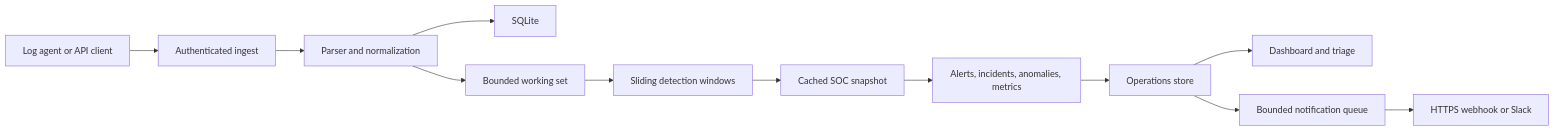
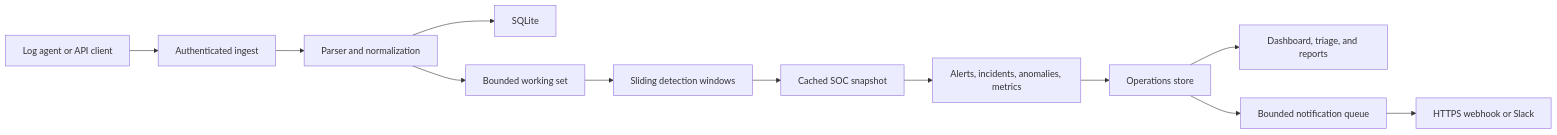
One commit to Adam-Ghanem/ai-siem changed the diagram in docs/architecture.md. Above: the diagram before and after it, drawn with Mermaid. The commit also changed other lines of this file and 13 other files, not shown here.

````diff
--- a/docs/architecture.md
+++ b/docs/architecture.md
@@ -19,14 +20,14 @@
 ```mermaid
 flowchart LR
     A[Log agent or API client] --> B[Authenticated ingest]
     B --> C[Parser and normalization]
     C --> D[SQLite]
     C --> E[Bounded working set]
     E --> F[Sliding detection windows]
     F --> G[Cached SOC snapshot]
     G --> H[Alerts, incidents, anomalies, metrics]
     H --> I[Operations store]
-    I --> J[Dashboard and triage]
+    I --> J[Dashboard, triage, and reports]
     I --> K[Bounded notification queue]
     K --> L[HTTPS webhook or Slack]
 ```
````
